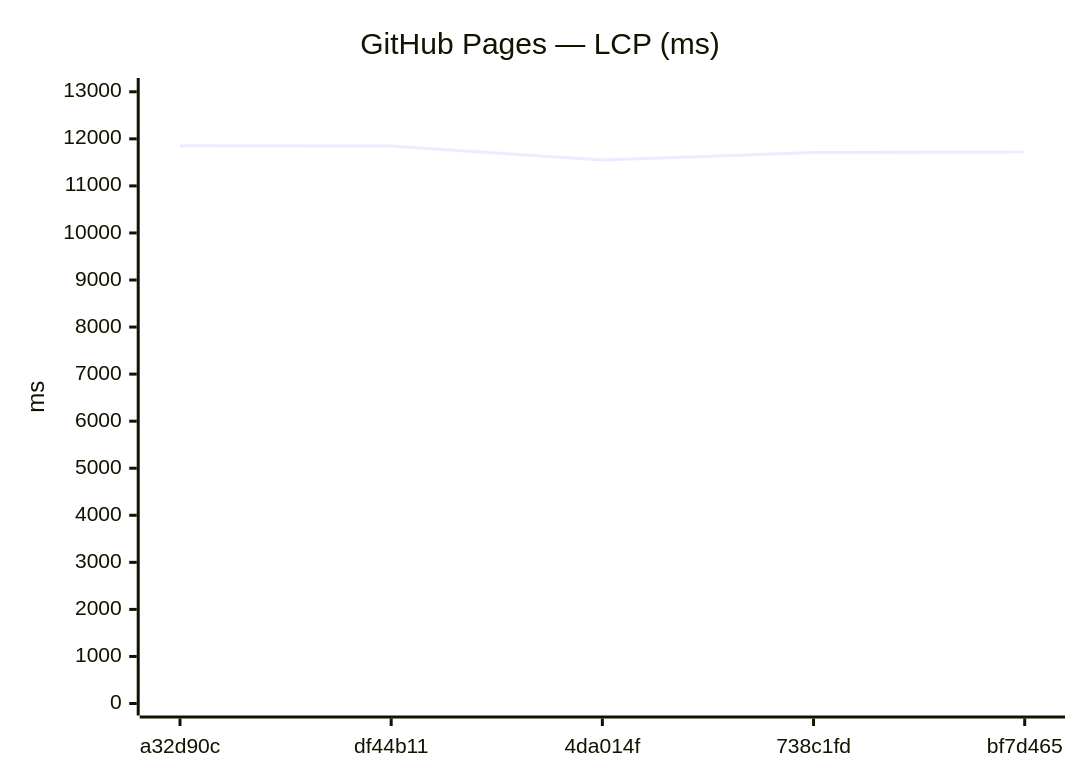
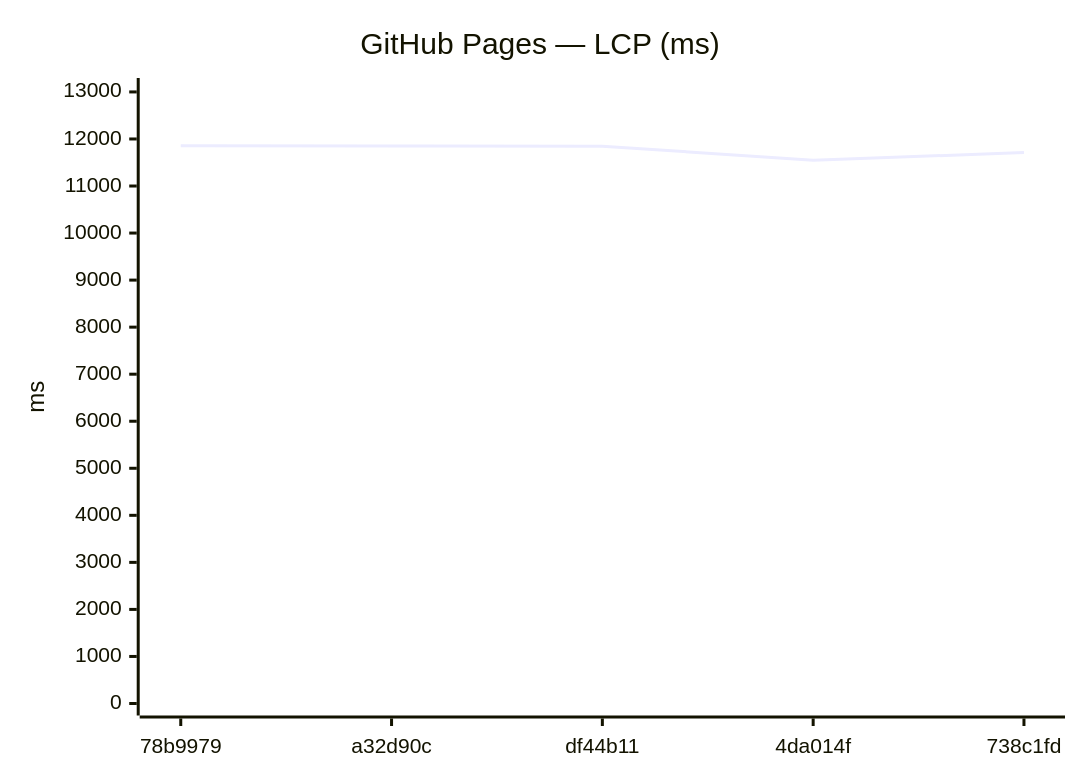
Before and after one commit to Metaheurist/Rianell: diagram 11 of 24 in benchmarks/compare.md, drawn with Mermaid. The commit also changed other lines of this file and 12 other files, not shown here.

````diff
--- a/benchmarks/compare.md
+++ b/benchmarks/compare.md
@@ -169,7 +169,7 @@
 ```mermaid
 xychart-beta
     title "GitHub Pages — LCP (ms)"
-    x-axis ["a32d90c", "df44b11", "4da014f", "738c1fd", "bf7d465"]
-    y-axis "ms" 0 --> 13038
-    line [11852, 11847, 11548, 11710, 11718]
+    x-axis ["78b9979", "a32d90c", "df44b11", "4da014f", "738c1fd"]
+    y-axis "ms" 0 --> 13041
+    line [11855, 11852, 11847, 11548, 11710]
 ```
````
